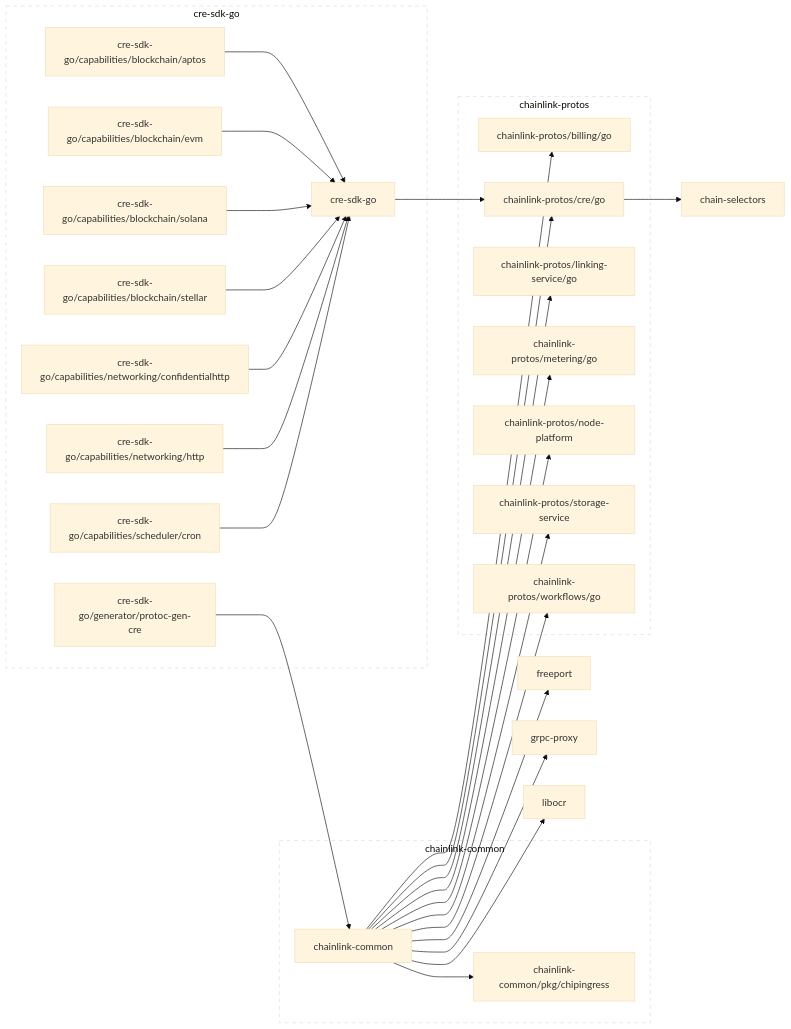
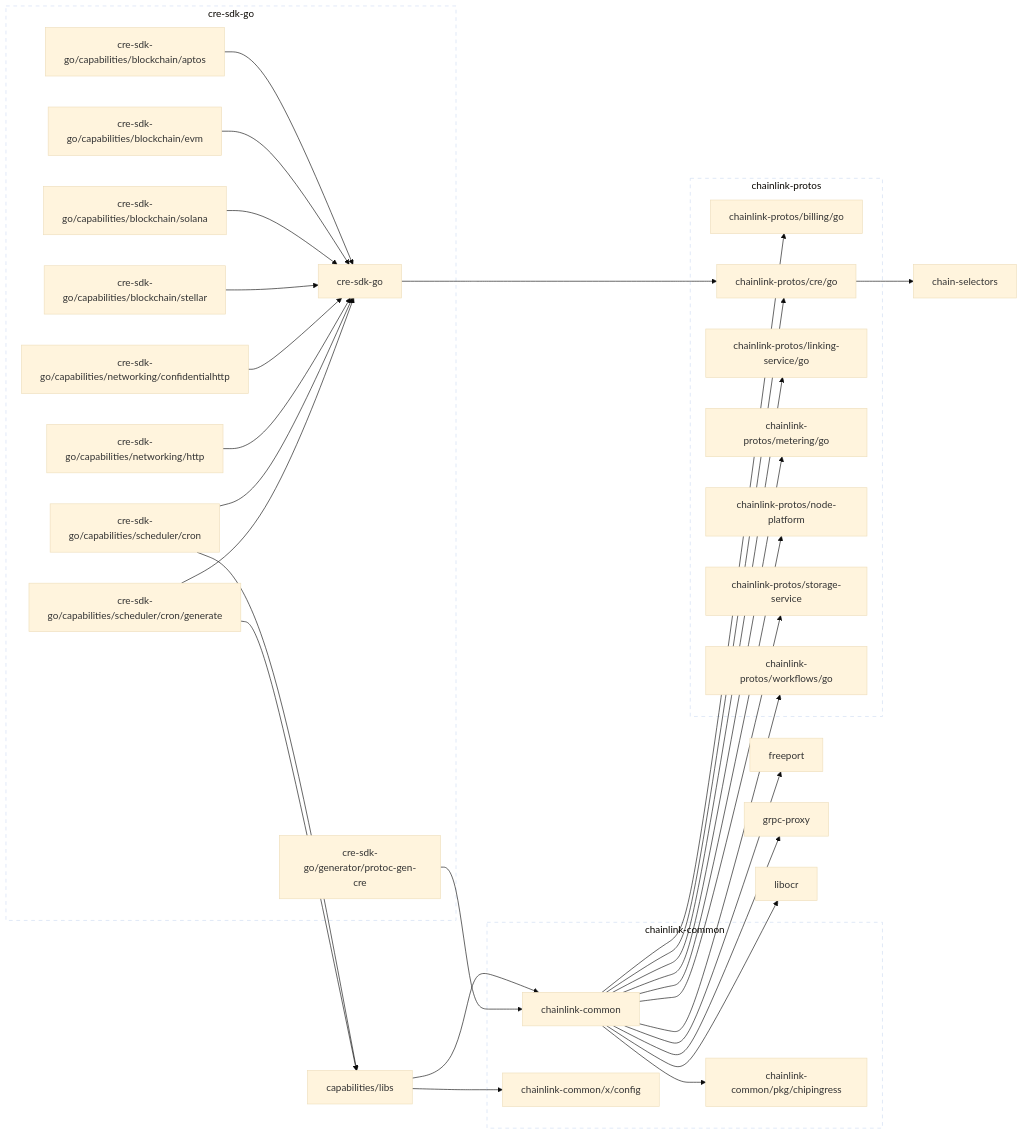
One commit to smartcontractkit/cre-sdk-go changed the diagram in go.md. Above: the diagram before and after it, drawn with Mermaid (base theme). The commit also changed 11 other files, not shown here.

First line of the commit message:
Recreate cron as a new capability from the capabilities repo's development protos

````diff
--- a/go.md
+++ b/go.md
@@ -2,6 +2,9 @@
 ```mermaid
 flowchart LR
 
+	capabilities/libs --> chainlink-common
+	capabilities/libs --> chainlink-common/x/config
+	click capabilities/libs href "https://github.com/smartcontractkit/capabilities"
 	chain-selectors
 	click chain-selectors href "https://github.com/smartcontractkit/chain-selectors"
 	chainlink-common --> chainlink-common/pkg/chipingress
@@ -18,6 +21,8 @@
 	click chainlink-common href "https://github.com/smartcontractkit/chainlink-common"
 	chainlink-common/pkg/chipingress
 	click chainlink-common/pkg/chipingress href "https://github.com/smartcontractkit/chainlink-common"
+	chainlink-common/x/config
+	click chainlink-common/x/config href "https://github.com/smartcontractkit/chainlink-common"
 	chainlink-protos/billing/go
 	click chainlink-protos/billing/go href "https://github.com/smartcontractkit/chainlink-protos"
 	chainlink-protos/cre/go --> chain-selectors
@@ -46,8 +51,12 @@
 	click cre-sdk-go/capabilities/networking/confidentialhttp href "https://github.com/smartcontractkit/cre-sdk-go"
 	cre-sdk-go/capabilities/networking/http --> cre-sdk-go
 	click cre-sdk-go/capabilities/networking/http href "https://github.com/smartcontractkit/cre-sdk-go"
+	cre-sdk-go/capabilities/scheduler/cron --> capabilities/libs
 	cre-sdk-go/capabilities/scheduler/cron --> cre-sdk-go
 	click cre-sdk-go/capabilities/scheduler/cron href "https://github.com/smartcontractkit/cre-sdk-go"
+	cre-sdk-go/capabilities/scheduler/cron/generate --> capabilities/libs
+	cre-sdk-go/capabilities/scheduler/cron/generate --> cre-sdk-go
+	click cre-sdk-go/capabilities/scheduler/cron/generate href "https://github.com/smartcontractkit/cre-sdk-go"
 	cre-sdk-go/generator/protoc-gen-cre --> chainlink-common
 	click cre-sdk-go/generator/protoc-gen-cre href "https://github.com/smartcontractkit/cre-sdk-go"
 	freeport
@@ -60,6 +69,7 @@
 	subgraph chainlink-common-repo[chainlink-common]
 		 chainlink-common
 		 chainlink-common/pkg/chipingress
+		 chainlink-common/x/config
 	end
 	click chainlink-common-repo href "https://github.com/smartcontractkit/chainlink-common"
 
@@ -83,6 +93,7 @@
 		 cre-sdk-go/capabilities/networking/confidentialhttp
 		 cre-sdk-go/capabilities/networking/http
 		 cre-sdk-go/capabilities/scheduler/cron
+		 cre-sdk-go/capabilities/scheduler/cron/generate
 		 cre-sdk-go/generator/protoc-gen-cre
 	end
 	click cre-sdk-go-repo href "https://github.com/smartcontractkit/cre-sdk-go"
````
